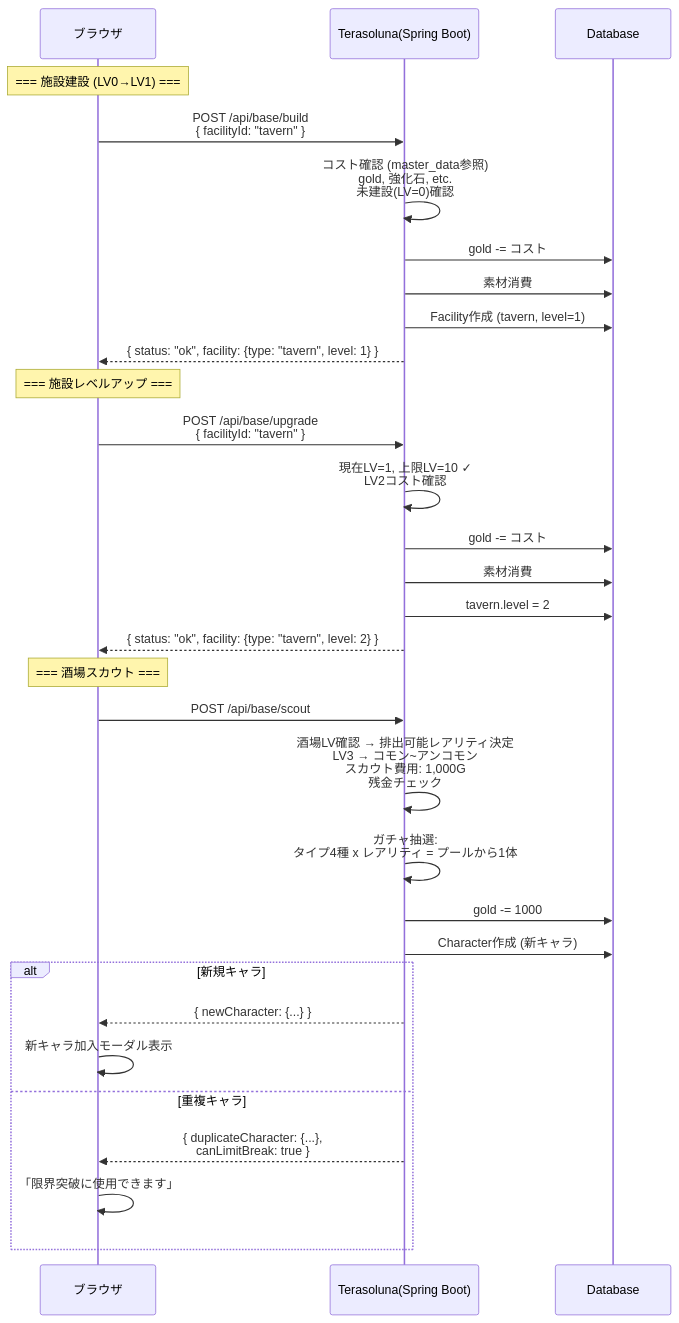
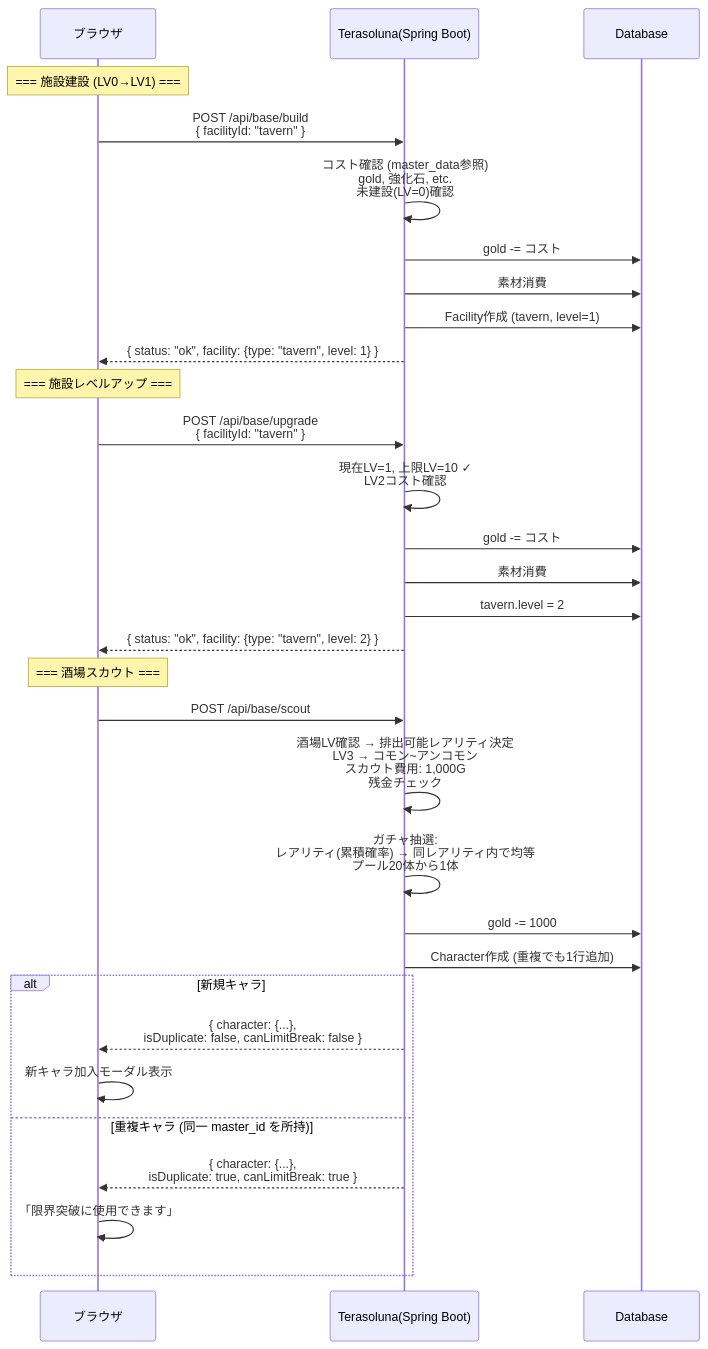
One commit to dateeee/2026_AFKGAME changed the first of 2 diagrams in docs/diagrams/api_sequence/base.md. Above: the diagram before and after it, drawn with Mermaid. The commit also changed 10 other files, not shown here.

````diff
--- a/docs/diagrams/api_sequence/base.md
+++ b/docs/diagrams/api_sequence/base.md
@@ -7,48 +7,48 @@
 ```mermaid
 %%{init: {'theme': 'default', 'sequence': {'actorFontSize': 18, 'messageFontSize': 16, 'noteFontSize': 14}} }%%
 sequenceDiagram
     participant B as ブラウザ
     participant API as Terasoluna(Spring Boot)
     participant DB as Database
 
     Note over B: === 施設建設 (LV0→LV1) ===
 
     B->>API: POST /api/base/build<br/>{ facilityId: "tavern" }
 
     API->>API: コスト確認 (master_data参照)<br/>gold, 強化石, etc.<br/>未建設(LV=0)確認
 
     API->>DB: gold -= コスト
     API->>DB: 素材消費
     API->>DB: Facility作成 (tavern, level=1)
     API-->>B: { status: "ok", facility: {type: "tavern", level: 1} }
 
     Note over B: === 施設レベルアップ ===
 
     B->>API: POST /api/base/upgrade<br/>{ facilityId: "tavern" }
 
     API->>API: 現在LV=1, 上限LV=10 ✓<br/>LV2コスト確認
 
     API->>DB: gold -= コスト
     API->>DB: 素材消費
     API->>DB: tavern.level = 2
     API-->>B: { status: "ok", facility: {type: "tavern", level: 2} }
 
     Note over B: === 酒場スカウト ===
 
     B->>API: POST /api/base/scout
 
     API->>API: 酒場LV確認 → 排出可能レアリティ決定<br/>LV3 → コモン~アンコモン<br/>スカウト費用: 1,000G<br/>残金チェック
 
-    API->>API: ガチャ抽選:<br/>タイプ4種 x レアリティ = プールから1体
+    API->>API: ガチャ抽選:<br/>レアリティ(累積確率) → 同レアリティ内で均等<br/>プール20体から1体
 
     API->>DB: gold -= 1000
-    API->>DB: Character作成 (新キャラ)
+    API->>DB: Character作成 (重複でも1行追加)
 
     alt 新規キャラ
-        API-->>B: { newCharacter: {...} }
+        API-->>B: { character: {...},<br/>  isDuplicate: false, canLimitBreak: false }
         B->>B: 新キャラ加入モーダル表示
-    else 重複キャラ
-        API-->>B: { duplicateCharacter: {...},<br/>  canLimitBreak: true }
+    else 重複キャラ (同一 master_id を所持)
+        API-->>B: { character: {...},<br/>  isDuplicate: true, canLimitBreak: true }
         B->>B: 「限界突破に使用できます」
     end
 ```
````
